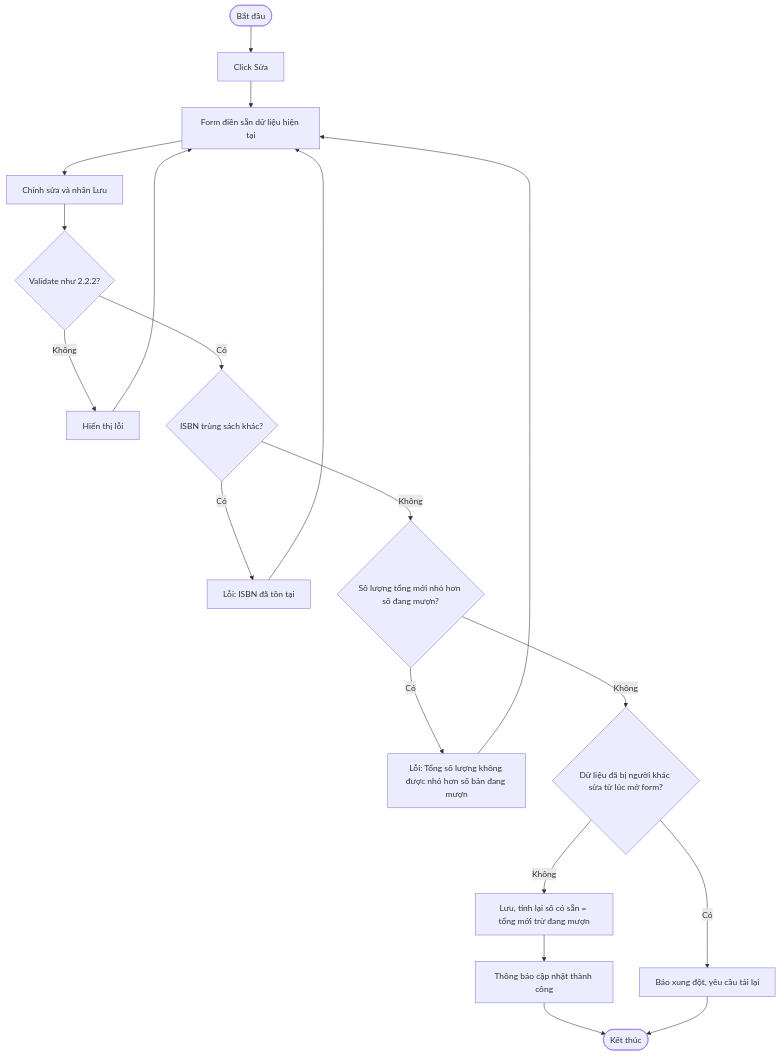
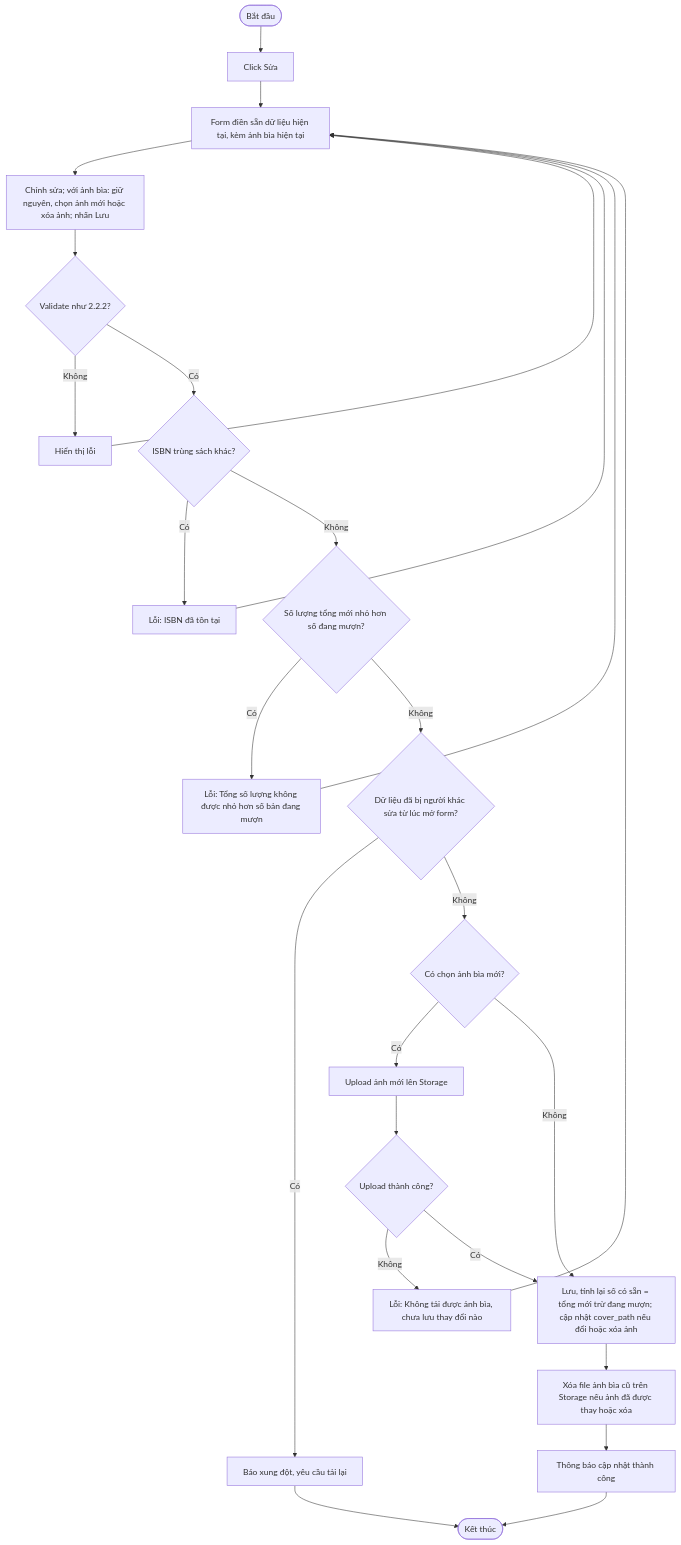
One commit to aehuy12345/Lib_start changed the first of 2 diagrams in design/flows/2.2.5-sua-xoa-sach.md. Above: the diagram before and after it, drawn with Mermaid. The commit also changed other lines of this file and 19 other files, not shown here.

First line of the commit message:
docs: finalize design phase and migrate schema to Supabase

````diff
--- a/design/flows/2.2.5-sua-xoa-sach.md
+++ b/design/flows/2.2.5-sua-xoa-sach.md
@@ -9,21 +9,28 @@
 ```mermaid
 flowchart TD
     A([Bắt đầu]) --> B["Click Sửa"]
-    B --> C["Form điền sẵn dữ liệu hiện tại"]
-    C --> D["Chỉnh sửa và nhấn Lưu"]
+    B --> C["Form điền sẵn dữ liệu hiện tại, kèm ảnh bìa hiện tại"]
+    C --> D["Chỉnh sửa; với ảnh bìa: giữ nguyên, chọn ảnh mới hoặc xóa ảnh; nhấn Lưu"]
     D --> E{"Validate như 2.2.2?"}
     E -->|"Không"| F["Hiển thị lỗi"]
     F --> C
     E -->|"Có"| G{"ISBN trùng sách khác?"}
     G -->|"Có"| H["Lỗi: ISBN đã tồn tại"]
     H --> C
     G -->|"Không"| I{"Số lượng tổng mới nhỏ hơn số đang mượn?"}
     I -->|"Có"| J["Lỗi: Tổng số lượng không được nhỏ hơn số bản đang mượn"]
     J --> C
     I -->|"Không"| K{"Dữ liệu đã bị người khác sửa từ lúc mở form?"}
     K -->|"Có"| L["Báo xung đột, yêu cầu tải lại"]
-    K -->|"Không"| M["Lưu, tính lại số có sẵn = tổng mới trừ đang mượn"]
-    M --> N["Thông báo cập nhật thành công"]
+    K -->|"Không"| O{"Có chọn ảnh bìa mới?"}
+    O -->|"Có"| P["Upload ảnh mới lên Storage"]
+    P --> Q{"Upload thành công?"}
+    Q -->|"Không"| R["Lỗi: Không tải được ảnh bìa, chưa lưu thay đổi nào"]
+    R --> C
+    Q -->|"Có"| M["Lưu, tính lại số có sẵn = tổng mới trừ đang mượn; cập nhật cover_path nếu đổi hoặc xóa ảnh"]
+    O -->|"Không"| M
+    M --> S["Xóa file ảnh bìa cũ trên Storage nếu ảnh đã được thay hoặc xóa"]
+    S --> N["Thông báo cập nhật thành công"]
     N --> Z([Kết thúc])
     L --> Z
 ```
````
